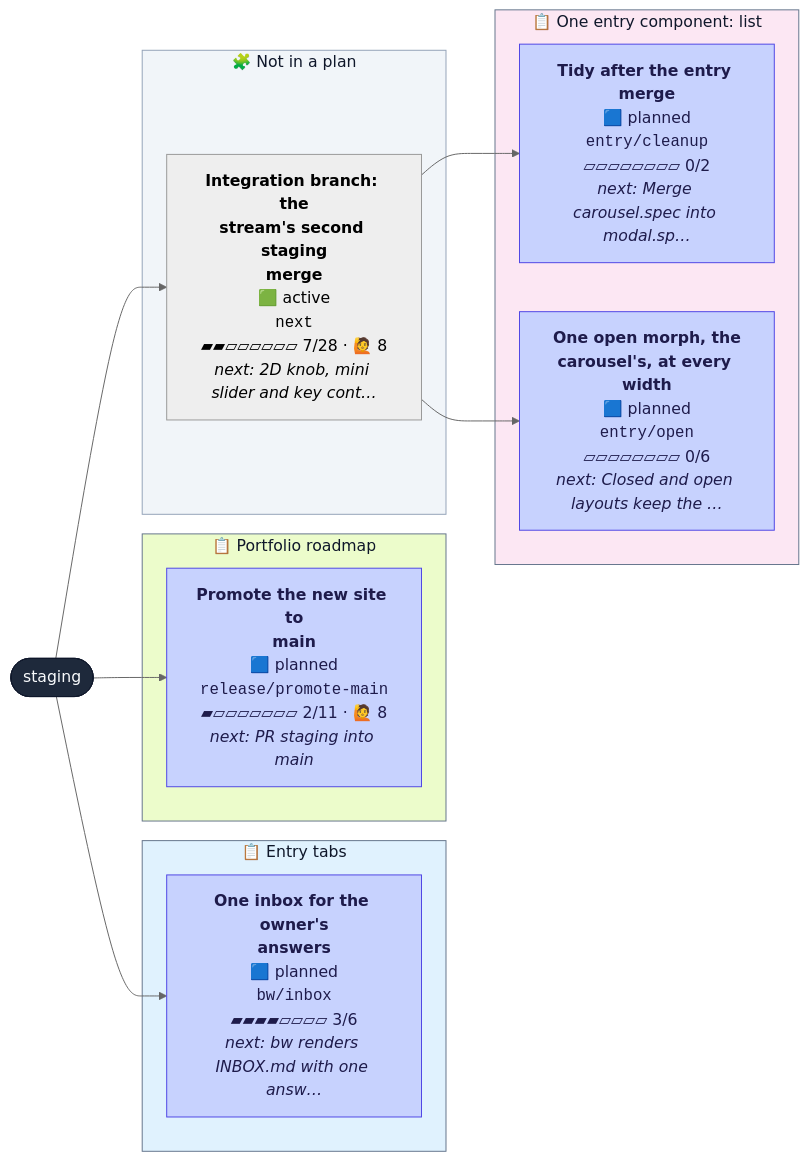
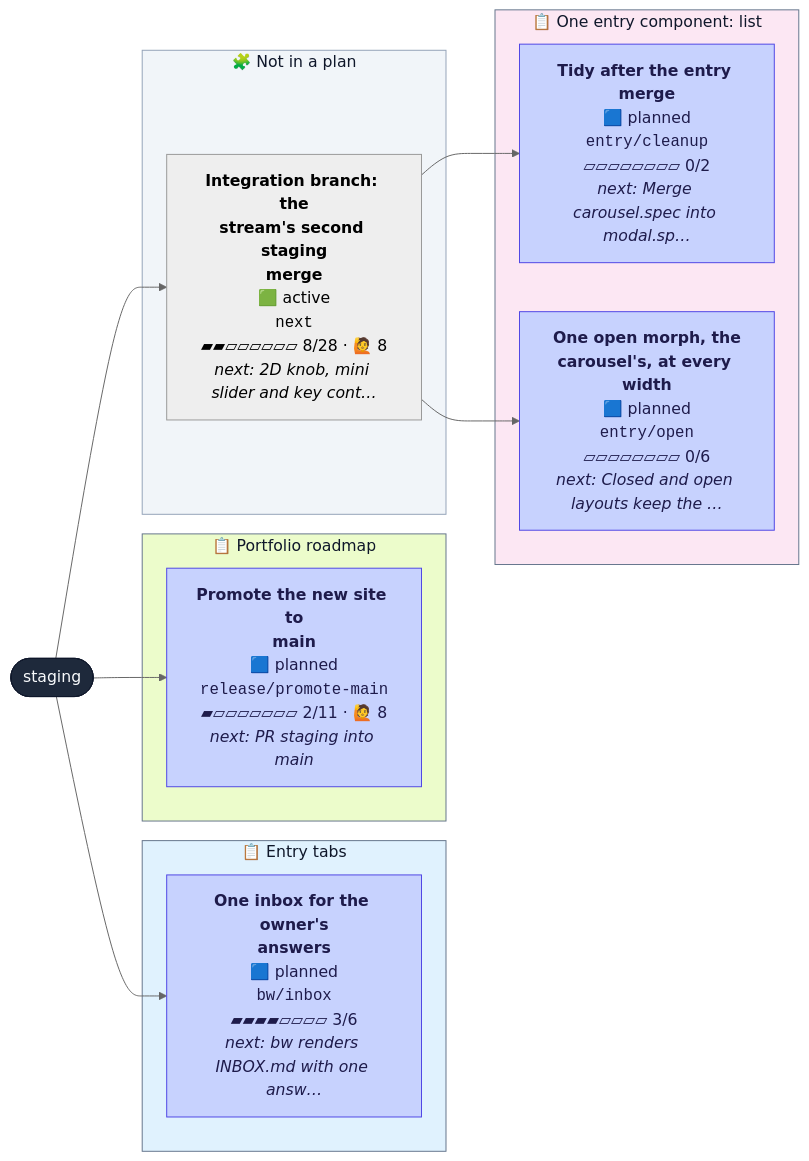
The diagram in CONTRIBUTING.md (henryjonescodes/portfolio), drawn with Mermaid (neutral theme) before and after one commit. The commit also changed other lines of this file, not shown here.

````diff
--- a/CONTRIBUTING.md
+++ b/CONTRIBUTING.md
@@ -16,38 +16,38 @@
 ```mermaid
 flowchart LR
   n_staging([staging])
   class n_staging trunk
   subgraph plan_0["📋 Entry tabs"]
     n_bw_inbox["<b>One inbox for the owner's<br/>answers</b><br/>🟦 planned<br/><code>bw/inbox</code><br/>▰▰▰▰▱▱▱▱ 3/6<br/><i>next: bw renders INBOX.md with one answ…</i>"]
     class n_bw_inbox planned
   end
   style plan_0 fill:#e0f2fe,stroke:#64748b,color:#0f172a
   subgraph plan_1["📋 One entry component: list"]
     n_entry_cleanup["<b>Tidy after the entry merge</b><br/>🟦 planned<br/><code>entry/cleanup</code><br/>▱▱▱▱▱▱▱▱ 0/2<br/><i>next: Merge carousel.spec into modal.sp…</i>"]
     class n_entry_cleanup planned
     n_entry_open["<b>One open morph, the<br/>carousel's, at every width</b><br/>🟦 planned<br/><code>entry/open</code><br/>▱▱▱▱▱▱▱▱ 0/6<br/><i>next: Closed and open layouts keep the …</i>"]
     class n_entry_open planned
   end
   style plan_1 fill:#fce7f3,stroke:#64748b,color:#0f172a
   subgraph plan_2["📋 Portfolio roadmap"]
     n_release_promote_main["<b>Promote the new site to<br/>main</b><br/>🟦 planned<br/><code>release/promote-main</code><br/>▰▱▱▱▱▱▱▱ 2/11 · 🙋 8<br/><i>next: PR staging into main</i>"]
     class n_release_promote_main planned
   end
   style plan_2 fill:#ecfccb,stroke:#64748b,color:#0f172a
   subgraph loose["🧩 Not in a plan"]
-    n_next["<b>Integration branch: the<br/>stream's second staging<br/>merge</b><br/>🟩 active<br/><code>next</code><br/>▰▰▱▱▱▱▱▱ 7/28 · 🙋 8<br/><i>next: 2D knob, mini slider and key cont…</i>"]
+    n_next["<b>Integration branch: the<br/>stream's second staging<br/>merge</b><br/>🟩 active<br/><code>next</code><br/>▰▰▱▱▱▱▱▱ 8/28 · 🙋 8<br/><i>next: 2D knob, mini slider and key cont…</i>"]
     class n_next active,current
   end
   style loose fill:#f1f5f9,stroke:#94a3b8,color:#0f172a
   n_staging --> n_bw_inbox
   n_next --> n_entry_cleanup
   n_next --> n_entry_open
   n_staging --> n_next
   n_staging --> n_release_promote_main
   classDef planned fill:#c7d2fe,stroke:#4f46e5,color:#1e1b4b
   classDef active fill:#bbf7d0,stroke:#16a34a,stroke-width:3px,color:#052e16
   classDef review fill:#fde68a,stroke:#d97706,stroke-width:3px,color:#451a03
   classDef blocked fill:#fecaca,stroke:#dc2626,stroke-width:3px,color:#450a0a
   classDef trunk fill:#1e293b,stroke:#0f172a,color:#f8fafc
   classDef current stroke:#0ea5e9,stroke-width:5px
 ```
````
